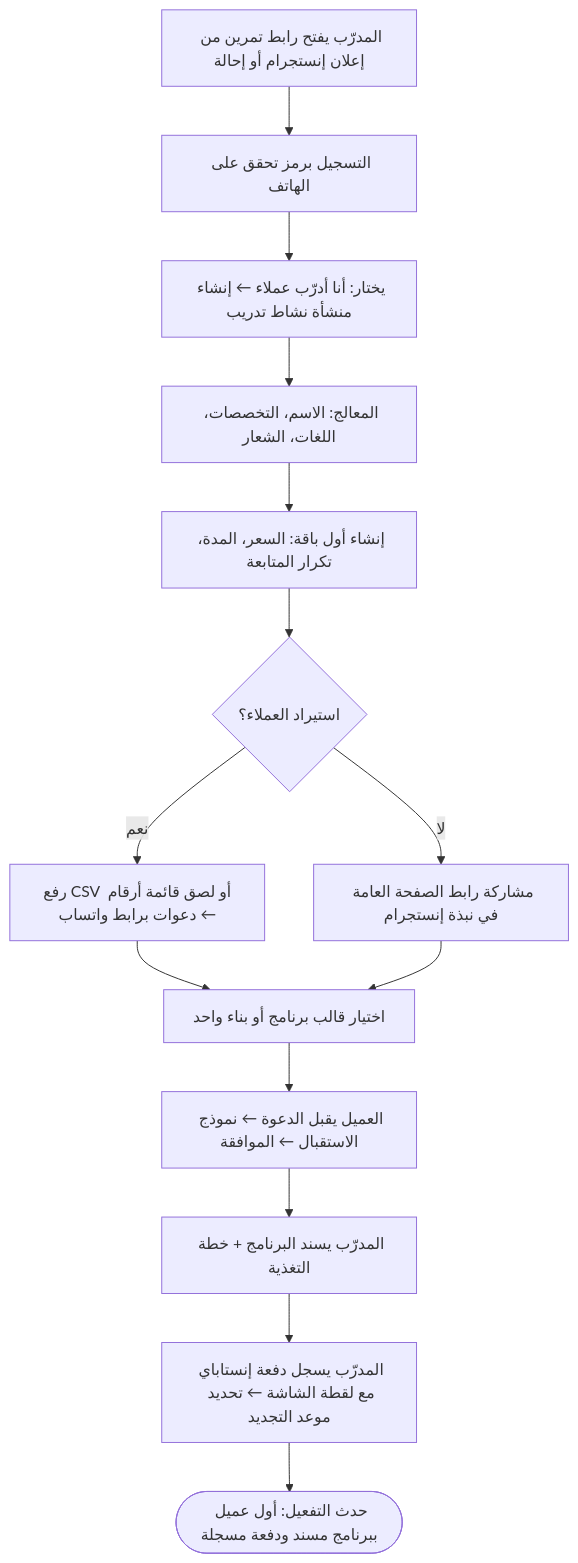
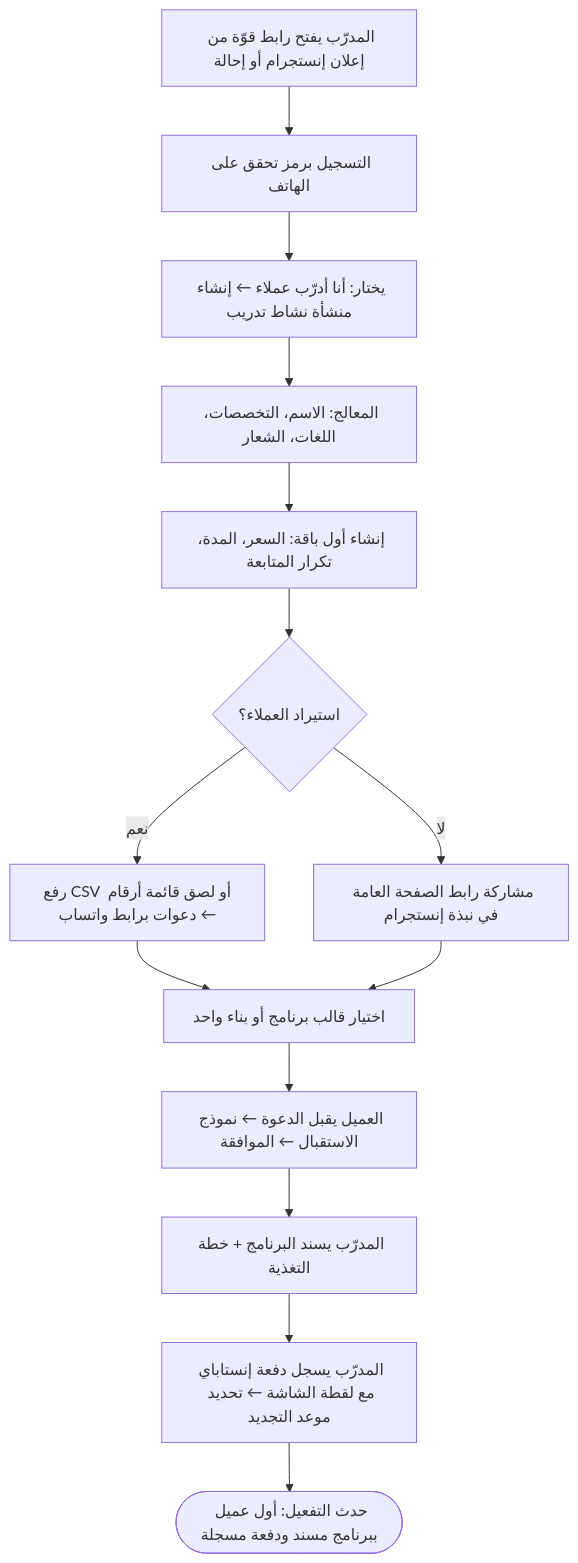
Before and after one commit to abdo-shrief270/muhasebi-egypt: the first of 10 diagrams in docs/fitness-platform/PRODUCT_BUSINESS_BLUEPRINT.ar.md, drawn with Mermaid. The commit also changed other lines of this file and 31 other files, not shown here.

````diff
--- a/docs/fitness-platform/PRODUCT_BUSINESS_BLUEPRINT.ar.md
+++ b/docs/fitness-platform/PRODUCT_BUSINESS_BLUEPRINT.ar.md
@@ -427,16 +427,16 @@
 ```mermaid
 flowchart TD
-    A["المدرّب يفتح رابط تمرين من إعلان إنستجرام أو إحالة"] --> B["التسجيل برمز تحقق على الهاتف"]
+    A["المدرّب يفتح رابط قوّة من إعلان إنستجرام أو إحالة"] --> B["التسجيل برمز تحقق على الهاتف"]
     B --> C["يختار: أنا أدرّب عملاء ← إنشاء منشأة نشاط تدريب"]
     C --> D["المعالج: الاسم، التخصصات، اللغات، الشعار"]
     D --> E["إنشاء أول باقة: السعر، المدة، تكرار المتابعة"]
     E --> F{"استيراد العملاء؟"}
     F -- "نعم" --> G["رفع CSV أو لصق قائمة أرقام ← دعوات برابط واتساب"]
     F -- "لا" --> H["مشاركة رابط الصفحة العامة في نبذة إنستجرام"]
     G --> I["اختيار قالب برنامج أو بناء واحد"]
     H --> I
     I --> J["العميل يقبل الدعوة ← نموذج الاستقبال ← الموافقة"]
     J --> K["المدرّب يسند البرنامج + خطة التغذية"]
     K --> L["المدرّب يسجل دفعة إنستاباي مع لقطة الشاشة ← تحديد موعد التجديد"]
     L --> M(["حدث التفعيل: أول عميل ببرنامج مسند ودفعة مسجلة"])
 ```
````
